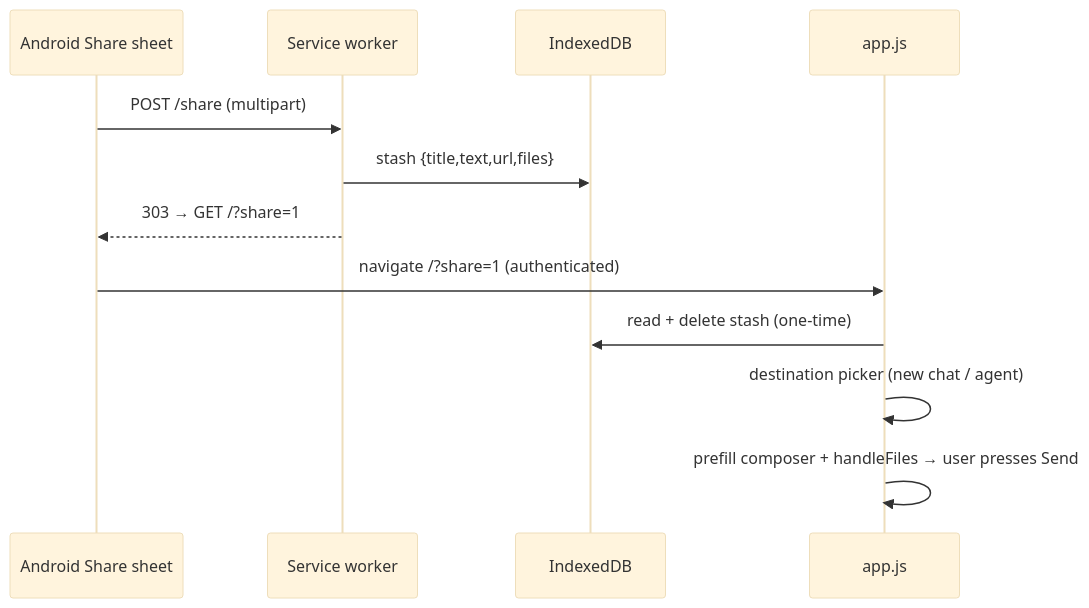
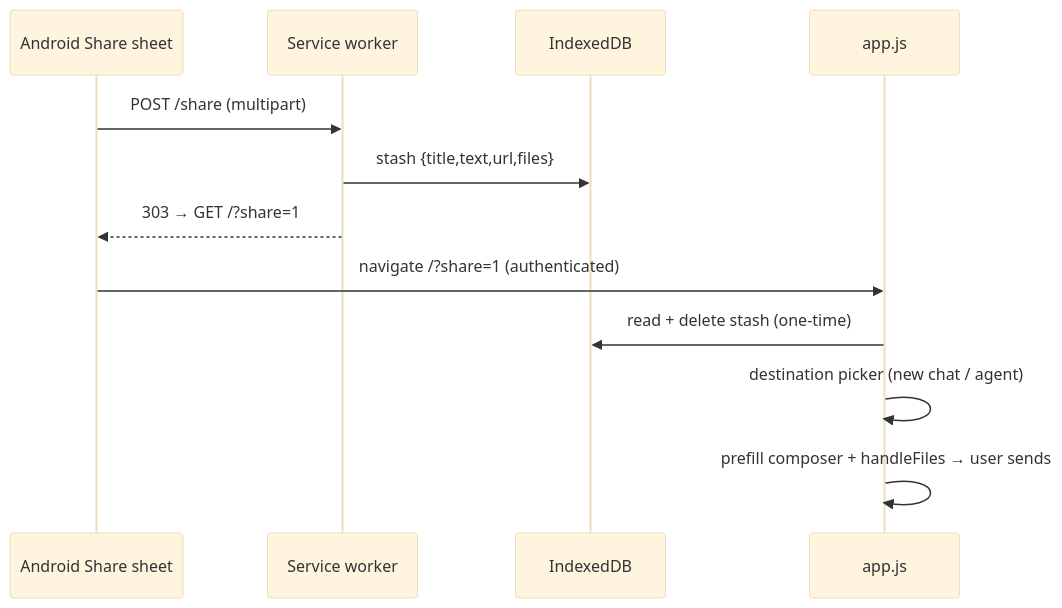
The diagram in docs/features/android-share-target.md (Expecho/Agent42), drawn with Mermaid (base theme) before and after one commit. The commit also changed other lines of this file and 15 other files, not shown here.

````diff
--- a/docs/features/android-share-target.md
+++ b/docs/features/android-share-target.md
@@ -22,15 +22,15 @@
 ```mermaid
 sequenceDiagram
     participant OS as Android Share sheet
     participant SW as Service worker
     participant IDB as IndexedDB
     participant APP as app.js
 
     OS->>SW: POST /share (multipart)
     SW->>IDB: stash {title,text,url,files}
     SW-->>OS: 303 → GET /?share=1
     OS->>APP: navigate /?share=1 (authenticated)
     APP->>IDB: read + delete stash (one-time)
     APP->>APP: destination picker (new chat / agent)
-    APP->>APP: prefill composer + handleFiles → user presses Send
+    APP->>APP: prefill composer + handleFiles → user sends
 ```
````
